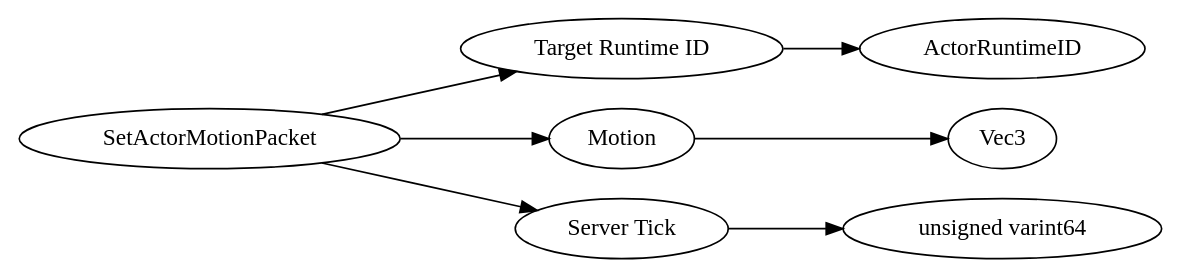
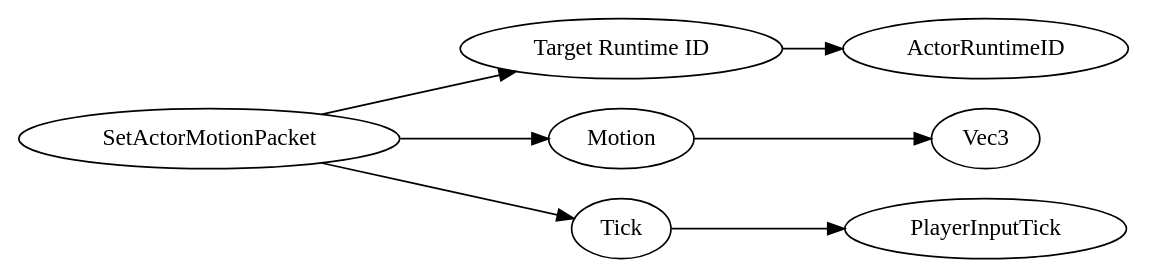
The diagram in assets/protocols/dot/SetActorMotionPacket.dot (MiemieMethod/bedrock-docs-generator), drawn with Graphviz before and after one commit. The commit also changed 286 other files, not shown here.

```diff
--- a/assets/protocols/dot/SetActorMotionPacket.dot
+++ b/assets/protocols/dot/SetActorMotionPacket.dot
@@ -1,20 +1,20 @@
 digraph "SetActorMotionPacket" {
 rankdir = LR
 0
 0 -> 1
 1 -> 2
 0 -> 3
 3 -> 4
 0 -> 5
 5 -> 6
 
 0 [label="SetActorMotionPacket",comment="name: \"SetActorMotionPacket\", typeName: \"\", id: 0, branchId: 40, recurseId: -1, attributes: 0, notes: \"\""];
 1 [label="Target Runtime ID",comment="name: \"Target Runtime ID\", typeName: \"ActorRuntimeID\", id: 1, branchId: 0, recurseId: -1, attributes: 256, notes: \"\""];
 2 [label="ActorRuntimeID",comment="name: \"ActorRuntimeID\", typeName: \"\", id: 2, branchId: 0, recurseId: -1, attributes: 512, notes: \"\""];
 3 [label="Motion",comment="name: \"Motion\", typeName: \"Vec3\", id: 3, branchId: 0, recurseId: -1, attributes: 256, notes: \"\""];
 4 [label="Vec3",comment="name: \"Vec3\", typeName: \"\", id: 4, branchId: 0, recurseId: -1, attributes: 512, notes: \"\""];
-5 [label="Server Tick",comment="name: \"Server Tick\", typeName: \"\", id: 5, branchId: 0, recurseId: -1, attributes: 0, notes: \"\""];
-6 [label="unsigned varint64",comment="name: \"unsigned varint64\", typeName: \"\", id: 6, branchId: 0, recurseId: -1, attributes: 512, notes: \"\""];
+5 [label="Tick",comment="name: \"Tick\", typeName: \"PlayerInputTick\", id: 5, branchId: 0, recurseId: -1, attributes: 256, notes: \"If this packet is referring to the player or a client predicted vehicle they are in control of, this should be the most recently processed PlayerInputTick from their PlayerAuthInputPacket. Otherwise zero.\""];
+6 [label="PlayerInputTick",comment="name: \"PlayerInputTick\", typeName: \"\", id: 6, branchId: 0, recurseId: -1, attributes: 512, notes: \"\""];
 { rank = max;2;4;6}
 
 }
```
